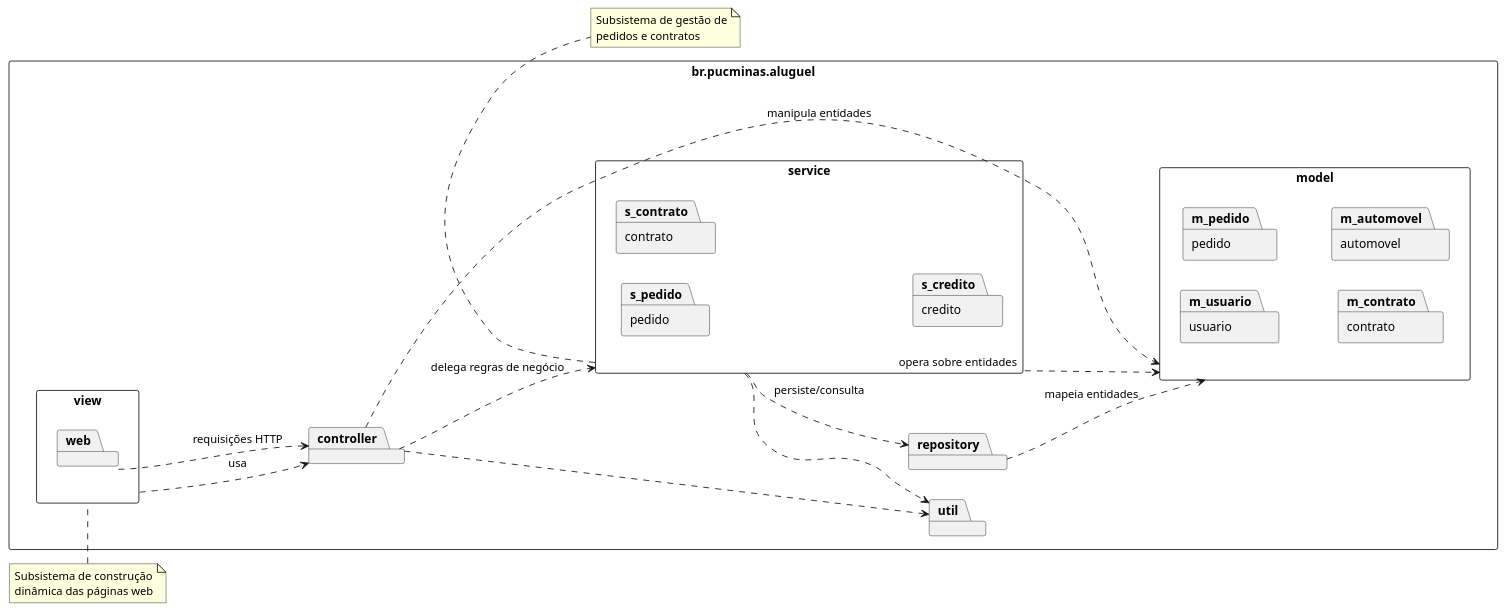
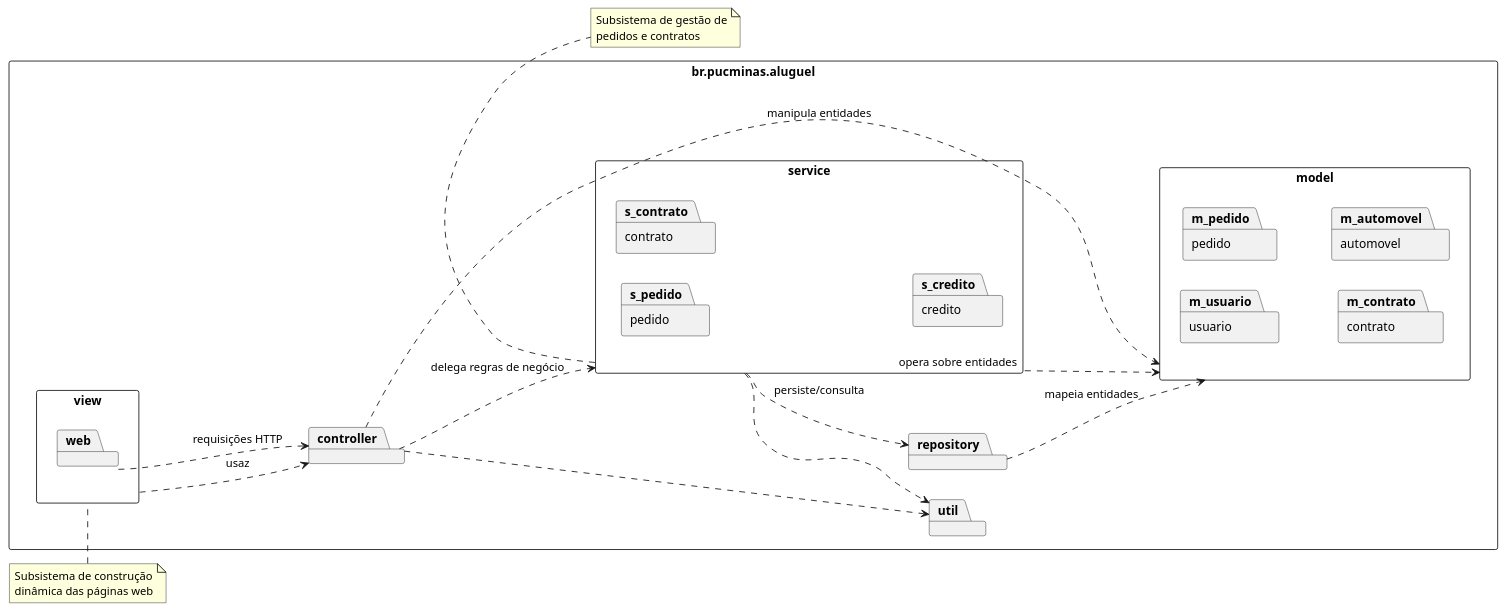
Before and after one commit to fillmello/lab02-aluguel-carros: the diagram in docs/diagramas/pacotes.puml, drawn with PlantUML. The commit also changed 8 other files, not shown here.

```diff
--- a/docs/diagramas/pacotes.puml
+++ b/docs/diagramas/pacotes.puml
@@ -1,50 +1,50 @@
 @startuml diagrama_de_pacotes
 skinparam packageStyle rectangle
 left to right direction
 
 package "br.pucminas.aluguel" {
 
   package "view" as view {
     package "web" as web
   }
 
   package "controller" as controller
 
   package "model" as model {
     package "usuario" as m_usuario
     package "pedido" as m_pedido
     package "contrato" as m_contrato
     package "automovel" as m_automovel
   }
 
   package "service" as service {
     package "pedido" as s_pedido
     package "contrato" as s_contrato
     package "credito" as s_credito
   }
 
   package "repository" as repository
 
   package "util" as util
 }
 
-view ..> controller : usa
+view ..> controller : usaz
 web ..> controller : requisições HTTP
 controller ..> service : delega regras de negócio
 controller ..> model : manipula entidades
 service ..> repository : persiste/consulta
 service ..> model : opera sobre entidades
 repository ..> model : mapeia entidades
 service ..> util
 controller ..> util
 
 note top of view
   Subsistema de construção
   dinâmica das páginas web
 end note
 
 note bottom of service
   Subsistema de gestão de
   pedidos e contratos
 end note
 @enduml
```
